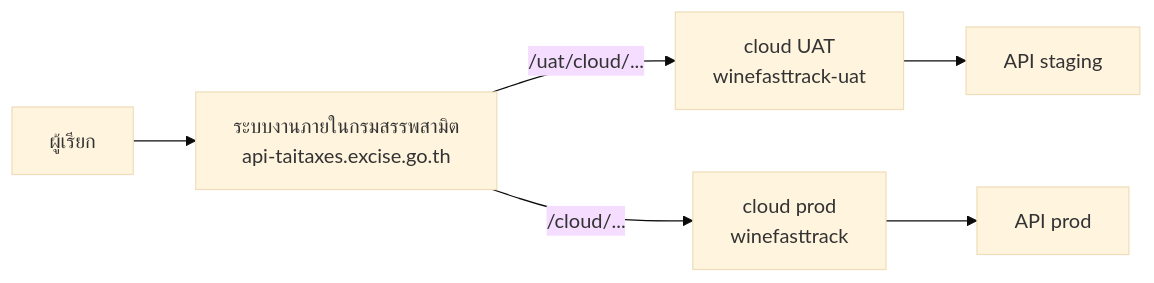
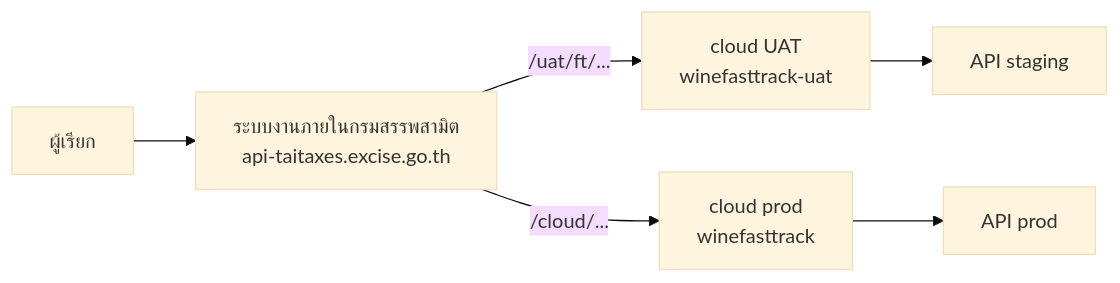
The first of 3 diagrams in wine/260820-summit-spect/API_SPECT.md (phongsakk/thinkbit-summary), drawn with Mermaid (base theme) before and after one commit. The commit also changed other lines of this file and 6 other files, not shown here.

````diff
--- a/wine/260820-summit-spect/API_SPECT.md
+++ b/wine/260820-summit-spect/API_SPECT.md
@@ -50,8 +60,8 @@
 ```mermaid
 flowchart LR
   C[ผู้เรียก] --> DC["ระบบงานภายในกรมสรรพสามิต<br/>api-taitaxes.excise.go.th"]
-  DC -->|"/uat/cloud/..."| UAT["cloud UAT<br/>winefasttrack-uat"]
+  DC -->|"/uat/ft/..."| UAT["cloud UAT<br/>winefasttrack-uat"]
   DC -->|"/cloud/..."| PROD["cloud prod<br/>winefasttrack"]
   UAT --> STG["API staging"]
   PROD --> PR["API prod"]
 ```
````
